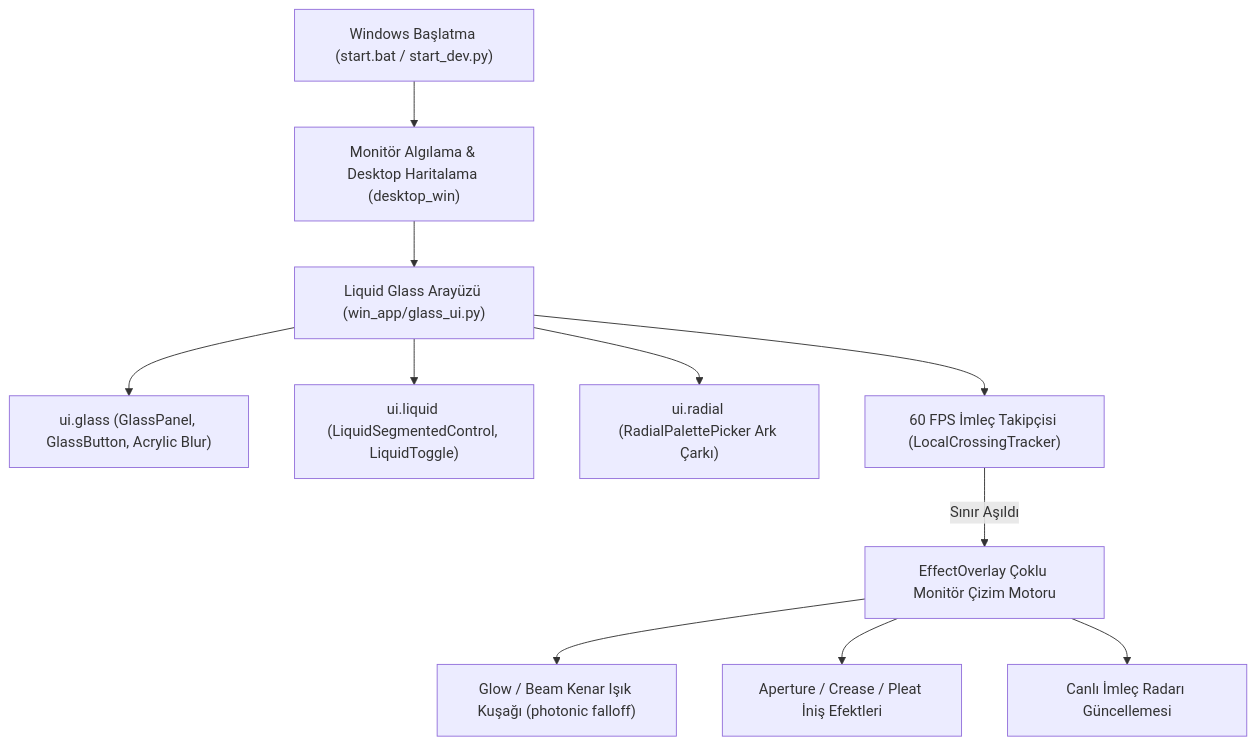
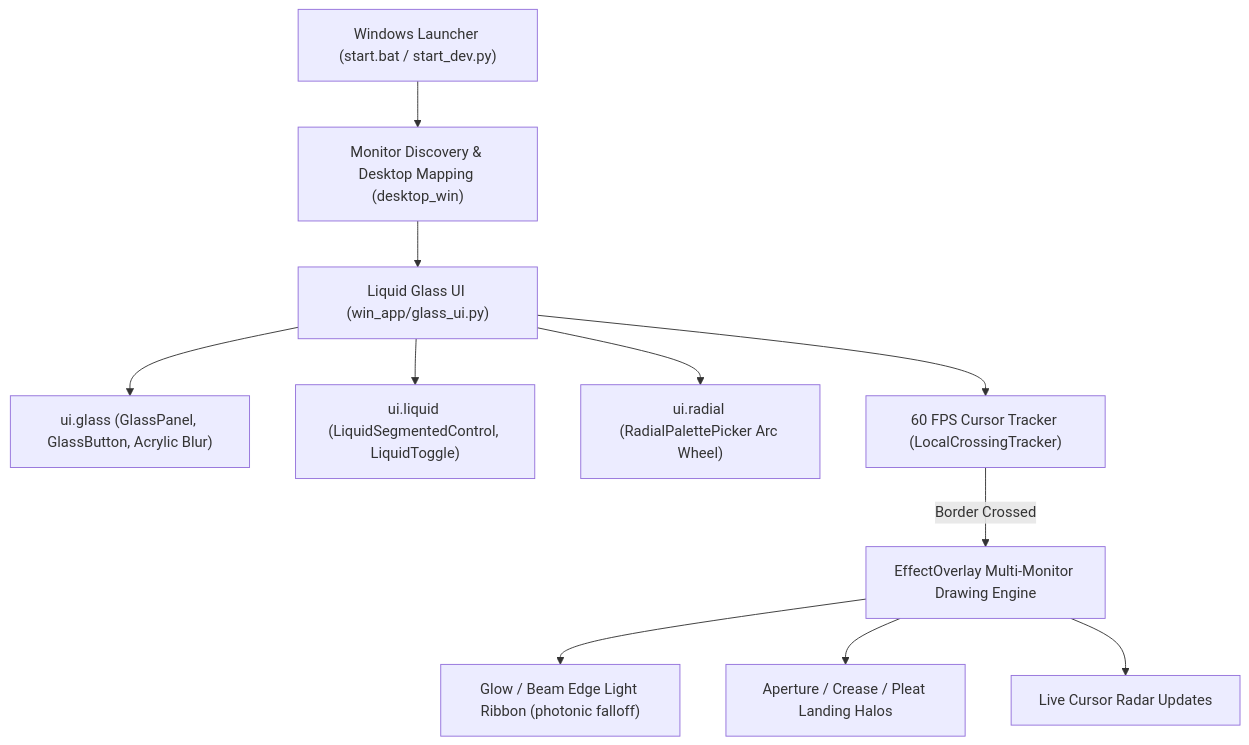
The diagram in README.md (omerfys/Crossfy), drawn with Mermaid before and after one commit. The commit also changed other lines of this file and 1 other file, not shown here.

````diff
--- a/README.md
+++ b/README.md
@@ -149,16 +153,16 @@
 ```mermaid
 flowchart TD
-    A["Windows Başlatma (start.bat / start_dev.py)"] --> B["Monitör Algılama & Desktop Haritalama (desktop_win)"]
-    B --> C["Liquid Glass Arayüzü (win_app/glass_ui.py)"]
+    A["Windows Launcher (start.bat / start_dev.py)"] --> B["Monitor Discovery & Desktop Mapping (desktop_win)"]
+    B --> C["Liquid Glass UI (win_app/glass_ui.py)"]
     
     C --> D1["ui.glass (GlassPanel, GlassButton, Acrylic Blur)"]
     C --> D2["ui.liquid (LiquidSegmentedControl, LiquidToggle)"]
-    C --> D3["ui.radial (RadialPalettePicker Ark Çarkı)"]
+    C --> D3["ui.radial (RadialPalettePicker Arc Wheel)"]
     
-    C --> E["60 FPS İmleç Takipçisi (LocalCrossingTracker)"]
-    E -->|Sınır Aşıldı| F["EffectOverlay Çoklu Monitör Çizim Motoru"]
+    C --> E["60 FPS Cursor Tracker (LocalCrossingTracker)"]
+    E -->|Border Crossed| F["EffectOverlay Multi-Monitor Drawing Engine"]
     
-    F --> G1["Glow / Beam Kenar Işık Kuşağı (photonic falloff)"]
-    F --> G2["Aperture / Crease / Pleat İniş Efektleri"]
-    F --> G3["Canlı İmleç Radarı Güncellemesi"]
+    F --> G1["Glow / Beam Edge Light Ribbon (photonic falloff)"]
+    F --> G2["Aperture / Crease / Pleat Landing Halos"]
+    F --> G3["Live Cursor Radar Updates"]
 ```
````
